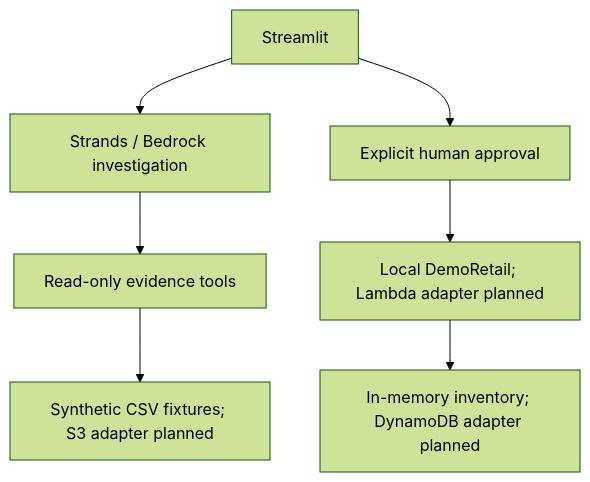
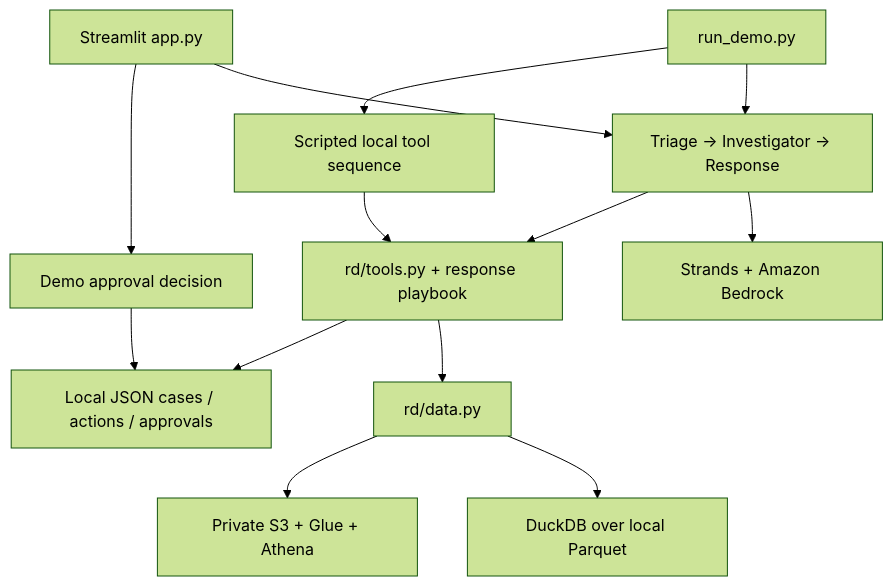
Before and after one commit to yszgit/return-detective: the diagram in docs/ARCHITECTURE.md, drawn with Mermaid (forest theme). The commit also changed other lines of this file and 67 other files, not shown here.

````diff
--- a/docs/ARCHITECTURE.md
+++ b/docs/ARCHITECTURE.md
@@ -3,9 +3,15 @@
 ```mermaid
 flowchart TD
-    UI[Streamlit] --> A[Strands / Bedrock investigation]
-    A --> Q[Read-only evidence tools]
-    Q --> S[Synthetic CSV fixtures; S3 adapter planned]
-    UI --> H[Explicit human approval]
-    H --> R[Local DemoRetail; Lambda adapter planned]
-    R --> I[In-memory inventory; DynamoDB adapter planned]
+    UI[Streamlit app.py] --> Pipeline[Triage → Investigator → Response]
+    CLI[run_demo.py] --> Pipeline
+    CLI --> Scripted[Scripted local tool sequence]
+    Pipeline --> Model[Strands + Amazon Bedrock]
+    Pipeline --> Tools[rd/tools.py + response playbook]
+    Scripted --> Tools
+    Tools --> Data[rd/data.py]
+    Data --> Local[DuckDB over local Parquet]
+    Data --> AWS[Private S3 + Glue + Athena]
+    Tools --> Store[Local JSON cases / actions / approvals]
+    UI --> Human[Demo approval decision]
+    Human --> Store
 ```
````
